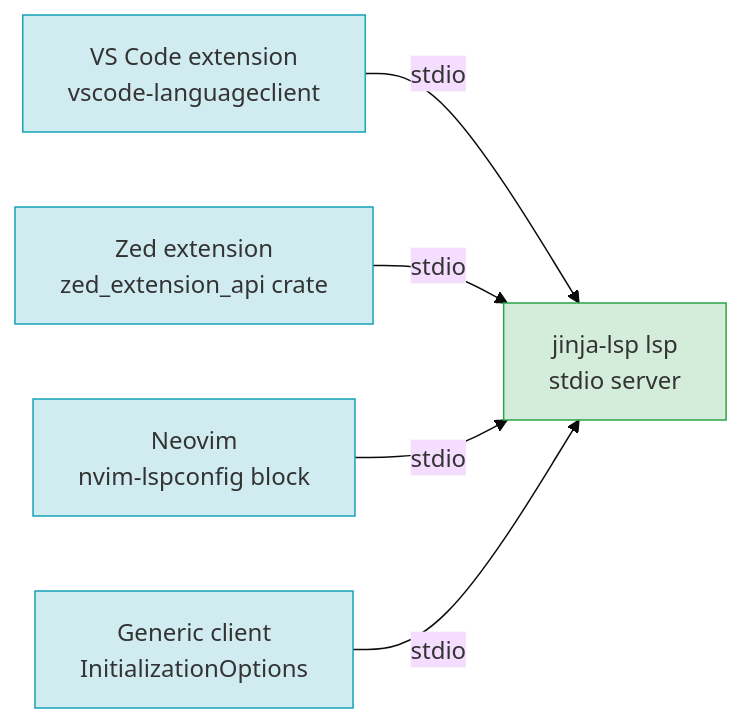
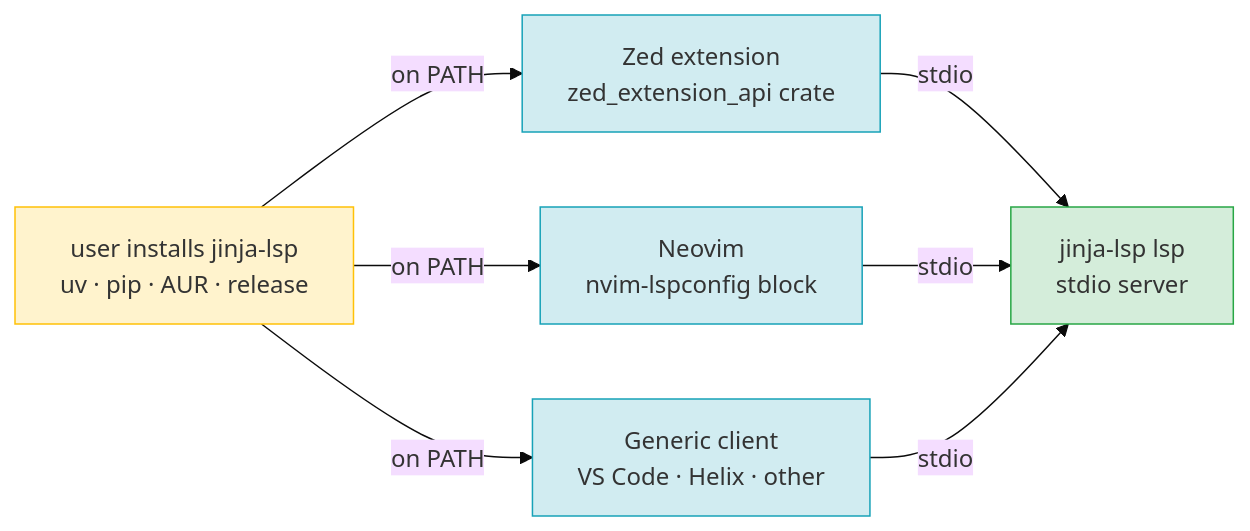
One commit to alex-oleshkevich/jinja-lsp changed the diagram in specs/features/F20-editor-integrations.md. Above: the diagram before and after it, drawn with Mermaid (base theme). The commit also changed other lines of this file and 5 other files, not shown here.

First line of the commit message:
docs(specs): ADR-011 — drop VS Code, crates.io and Zed binary download

````diff
--- a/specs/features/F20-editor-integrations.md
+++ b/specs/features/F20-editor-integrations.md
@@ -269,14 +189,17 @@
 ```mermaid
 flowchart LR
-    VS[VS Code extension<br/>vscode-languageclient]:::cli
+    INS[user installs jinja-lsp<br/>uv · pip · AUR · release]:::pre
     ZED[Zed extension<br/>zed_extension_api crate]:::cli
     NV[Neovim<br/>nvim-lspconfig block]:::cli
-    GEN[Generic client<br/>InitializationOptions]:::cli
+    GEN[Generic client<br/>VS Code · Helix · other]:::cli
     SRV[jinja-lsp lsp<br/>stdio server]:::srv
-    VS -- stdio --> SRV
+    INS -- on PATH --> ZED
+    INS -- on PATH --> NV
+    INS -- on PATH --> GEN
     ZED -- stdio --> SRV
     NV -- stdio --> SRV
     GEN -- stdio --> SRV
     classDef cli fill:#d1ecf1,stroke:#17a2b8;
     classDef srv fill:#d4edda,stroke:#28a745;
+    classDef pre fill:#fff3cd,stroke:#ffc107;
 ```
````
